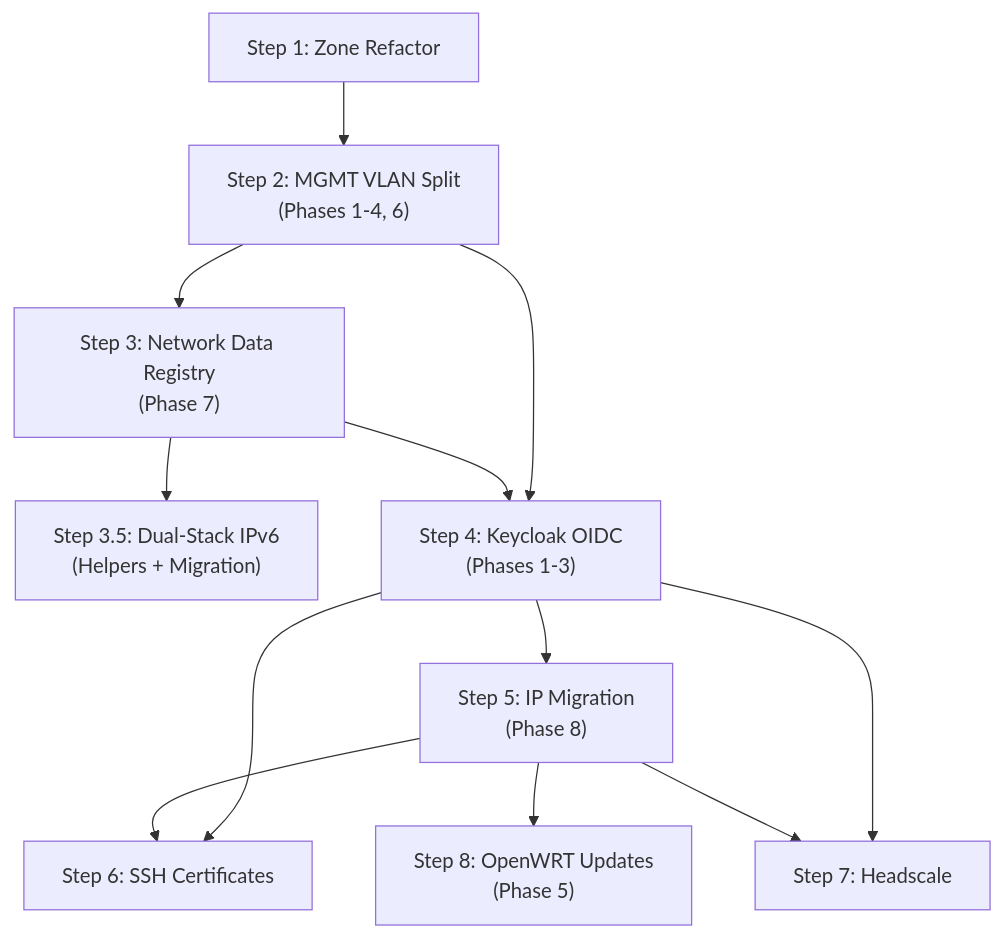
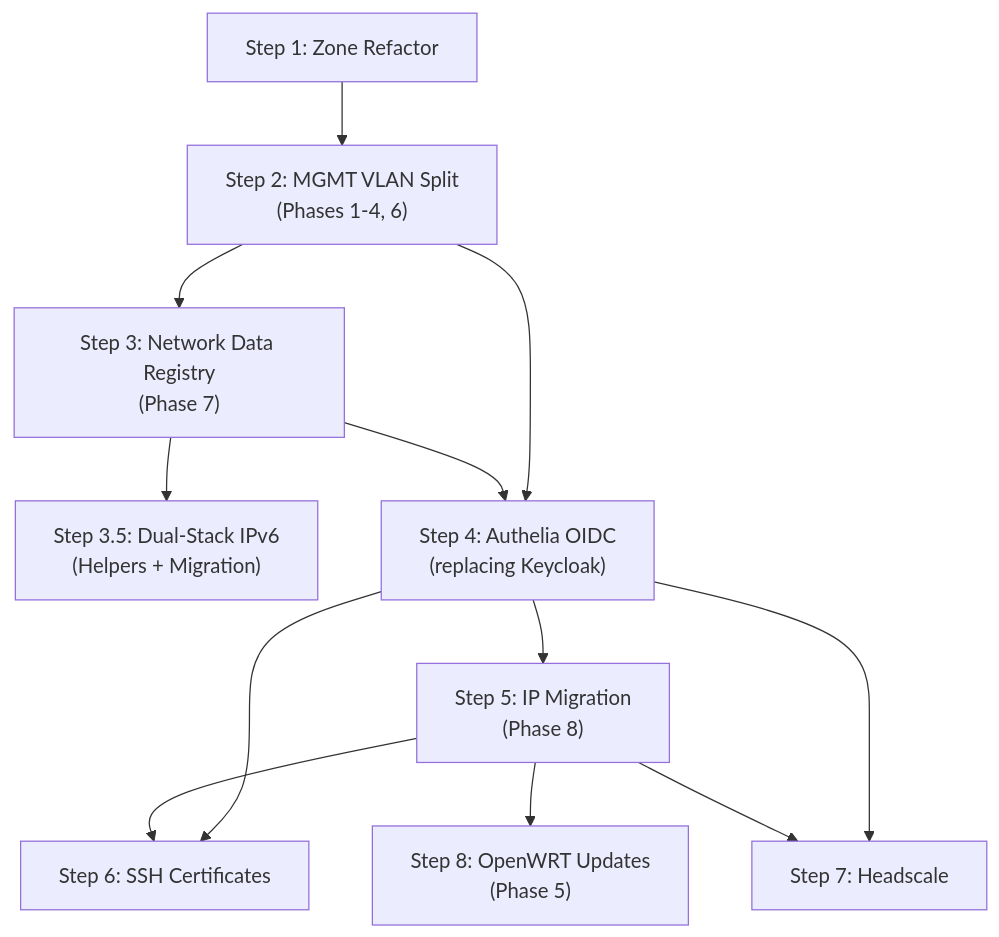
The diagram in llm-notes/feature-roadmap-analysis.md (mutantmell/dotfiles), drawn with Mermaid before and after one commit. The commit also changed other lines of this file and 4 other files, not shown here.

````diff
--- a/llm-notes/feature-roadmap-analysis.md
+++ b/llm-notes/feature-roadmap-analysis.md
@@ -64,24 +64,24 @@
 ```mermaid
 flowchart TD
     ZR["Step 1: Zone Refactor"]
     VLAN["Step 2: MGMT VLAN Split\n(Phases 1-4, 6)"]
     REG["Step 3: Network Data Registry\n(Phase 7)"]
     DS["Step 3.5: Dual-Stack IPv6\n(Helpers + Migration)"]
-    KC["Step 4: Keycloak OIDC\n(Phases 1-3)"]
+    KC["Step 4: Authelia OIDC\n(replacing Keycloak)"]
     IP["Step 5: IP Migration\n(Phase 8)"]
     SSH["Step 6: SSH Certificates"]
     HS["Step 7: Headscale"]
     OW["Step 8: OpenWRT Updates\n(Phase 5)"]
 
     ZR --> VLAN
     VLAN --> REG
     REG --> DS
     VLAN --> KC
     REG --> KC
     KC --> IP
     KC --> SSH
     KC --> HS
     IP --> SSH
     IP --> HS
     IP --> OW
 ```
````
